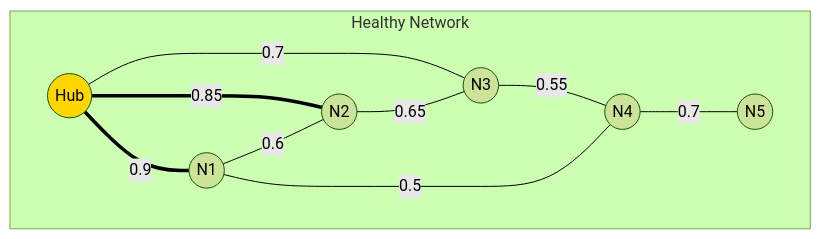
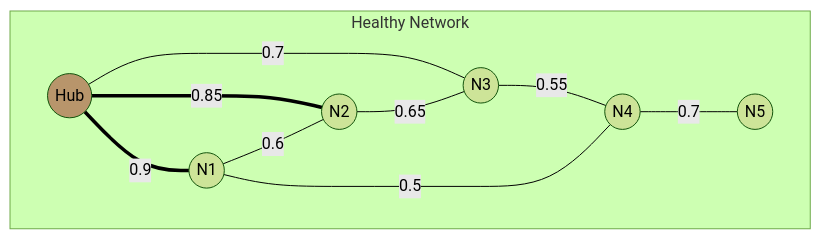
Before and after one commit to ScopeCreep-zip/Symbiont: diagram 13 of 16 in docs/architecture/network.md, drawn with Mermaid (forest theme). The commit also changed other lines of this file and 17 other files, not shown here.

Commit message:
update to diagram colors

````diff
--- a/docs/architecture/network.md
+++ b/docs/architecture/network.md
@@ -459,22 +459,22 @@
 ```mermaid
 graph TB
     subgraph "Healthy Network"
         H1((Hub))
         N1((N1))
         N2((N2))
         N3((N3))
         N4((N4))
         N5((N5))
 
         H1 ===|0.9| N1
         H1 ===|0.85| N2
         H1 ---|0.7| N3
         N1 ---|0.6| N2
         N2 ---|0.65| N3
         N3 ---|0.55| N4
         N4 ---|0.7| N5
         N1 ---|0.5| N4
     end
 
-    style H1 fill:#FFD700
+    style H1 fill:#b8956b
 ```
````
